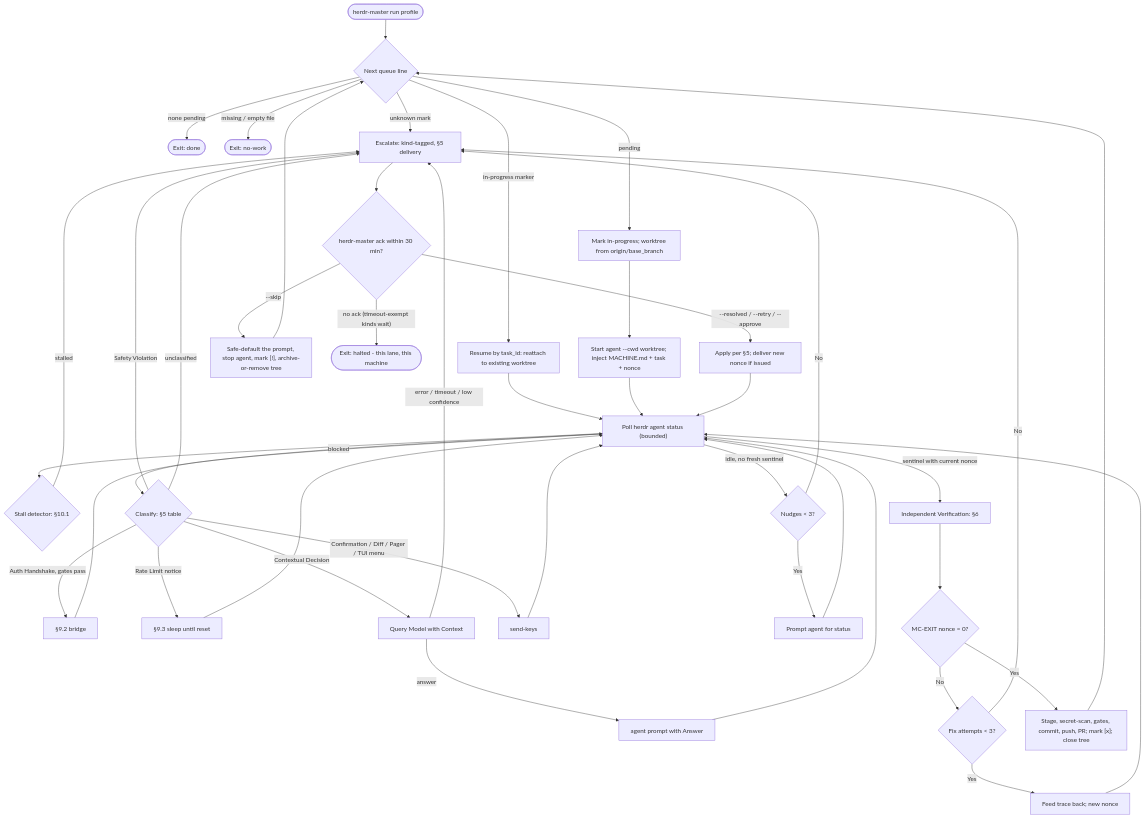
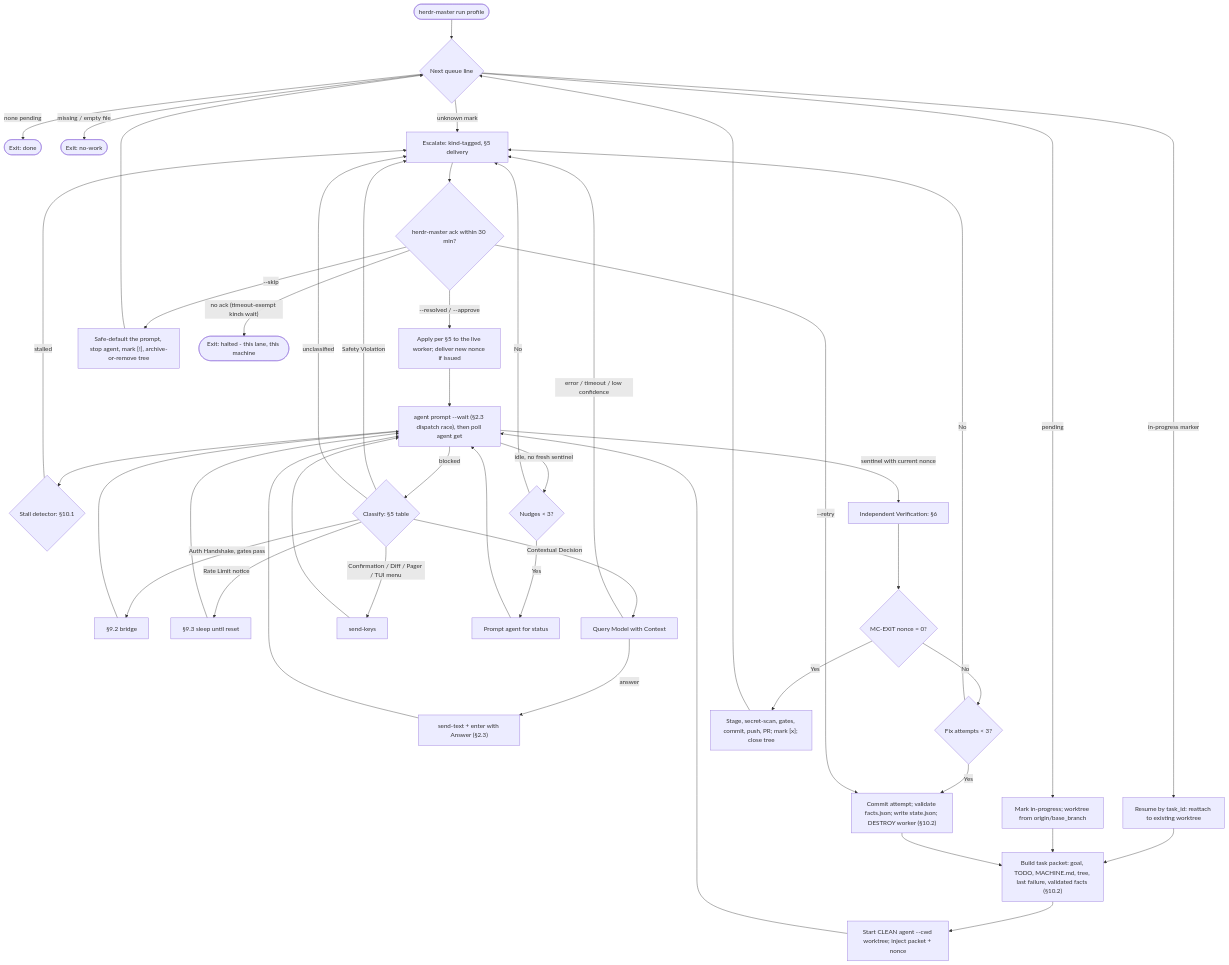
Before and after one commit to joggerjoel/ai-dotfiles: the diagram in herdr/orchestrator/master-control-herdr-plan.md, drawn with Mermaid. The commit also changed other lines of this file and 2 other files, not shown here.

````diff
--- a/herdr/orchestrator/master-control-herdr-plan.md
+++ b/herdr/orchestrator/master-control-herdr-plan.md
@@ -201,49 +223,51 @@
 ```mermaid
 flowchart TD
     Start([herdr-master run profile]) --> ReadTodo{Next queue line}
     ReadTodo -->|"none pending"| Finish([Exit: done])
     ReadTodo -->|"missing / empty file"| NoWork([Exit: no-work])
     ReadTodo -->|"unknown mark"| Escalate
     ReadTodo -->|"in-progress marker"| Resume["Resume by task_id: reattach to existing worktree"]
     ReadTodo -->|pending| MakeWt["Mark in-progress; worktree from origin/base_branch"]
-    Resume --> WaitState
-    MakeWt --> InjectPrompt["Start agent --cwd worktree; inject MACHINE.md + task + nonce"]
-    InjectPrompt --> WaitState["Poll herdr agent status (bounded)"]
+    Resume --> Packet["Build task packet: goal, TODO, MACHINE.md, tree, last failure, validated facts (§10.2)"]
+    MakeWt --> Packet
+    Packet --> InjectPrompt["Start CLEAN agent --cwd worktree; inject packet + nonce"]
+    InjectPrompt --> WaitState["agent prompt --wait (§2.3 dispatch race), then poll agent get"]
 
     WaitState --> LoopCheck{"Stall detector: §10.1"}
     LoopCheck -->|stalled| Escalate
 
     WaitState -->|blocked| CheckPrompt{"Classify: §5 table"}
     CheckPrompt -->|"Auth Handshake, gates pass"| AuthBridge["§9.2 bridge"]
     CheckPrompt -->|"Rate Limit notice"| Sleep["§9.3 sleep until reset"]
     CheckPrompt -->|Safety Violation| Escalate
     CheckPrompt -->|Contextual Decision| QueryLLM["Query Model with Context"]
     CheckPrompt -->|"Confirmation / Diff / Pager / TUI menu"| SendKeys["send-keys"]
     CheckPrompt -->|unclassified| Escalate
     AuthBridge --> WaitState
     Sleep --> WaitState
     SendKeys --> WaitState
-    QueryLLM -->|answer| PromptResponse["agent prompt with Answer"]
+    QueryLLM -->|answer| PromptResponse["send-text + enter with Answer (§2.3)"]
     QueryLLM -->|"error / timeout / low confidence"| Escalate
     PromptResponse --> WaitState
 
     WaitState -->|"sentinel with current nonce"| TriggerVerify["Independent Verification: §6"]
     WaitState -->|"idle, no fresh sentinel"| Nudge{"Nudges < 3?"}
     Nudge -->|Yes| DoNudge["Prompt agent for status"]
     Nudge -->|No| Escalate
     DoNudge --> WaitState
     TriggerVerify --> TestPass{"MC-EXIT nonce = 0?"}
     TestPass -->|No| RetryBudget{"Fix attempts < 3?"}
-    RetryBudget -->|Yes| FeedErrors["Feed trace back; new nonce"]
+    RetryBudget -->|Yes| CloseAttempt["Commit attempt; validate facts.json; write state.json; DESTROY worker (§10.2)"]
     RetryBudget -->|"No"| Escalate
-    FeedErrors --> WaitState
+    CloseAttempt --> Packet
     TestPass -->|Yes| Land["Stage, secret-scan, gates, commit, push, PR; mark [x]; close tree"]
     Land --> ReadTodo
 
     Escalate["Escalate: kind-tagged, §5 delivery"] --> AckWait{"herdr-master ack within 30 min?"}
-    AckWait -->|"--resolved / --retry / --approve"| Apply["Apply per §5; deliver new nonce if issued"]
+    AckWait -->|"--resolved / --approve"| Apply["Apply per §5 to the live worker; deliver new nonce if issued"]
     Apply --> WaitState
+    AckWait -->|"--retry"| CloseAttempt
     AckWait -->|"--skip"| SafeExit["Safe-default the prompt, stop agent, mark [!], archive-or-remove tree"]
     SafeExit --> ReadTodo
     AckWait -->|"no ack (timeout-exempt kinds wait)"| Halt([Exit: halted - this lane, this machine])
 ```
````
